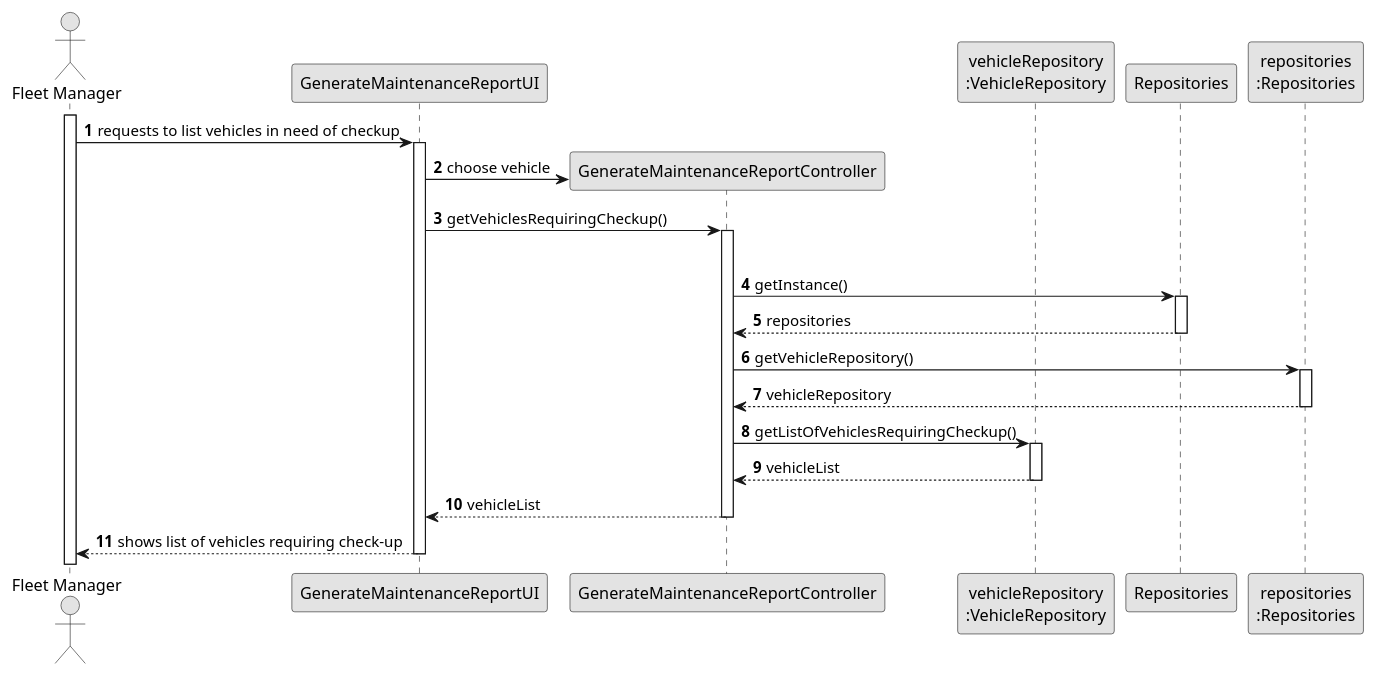
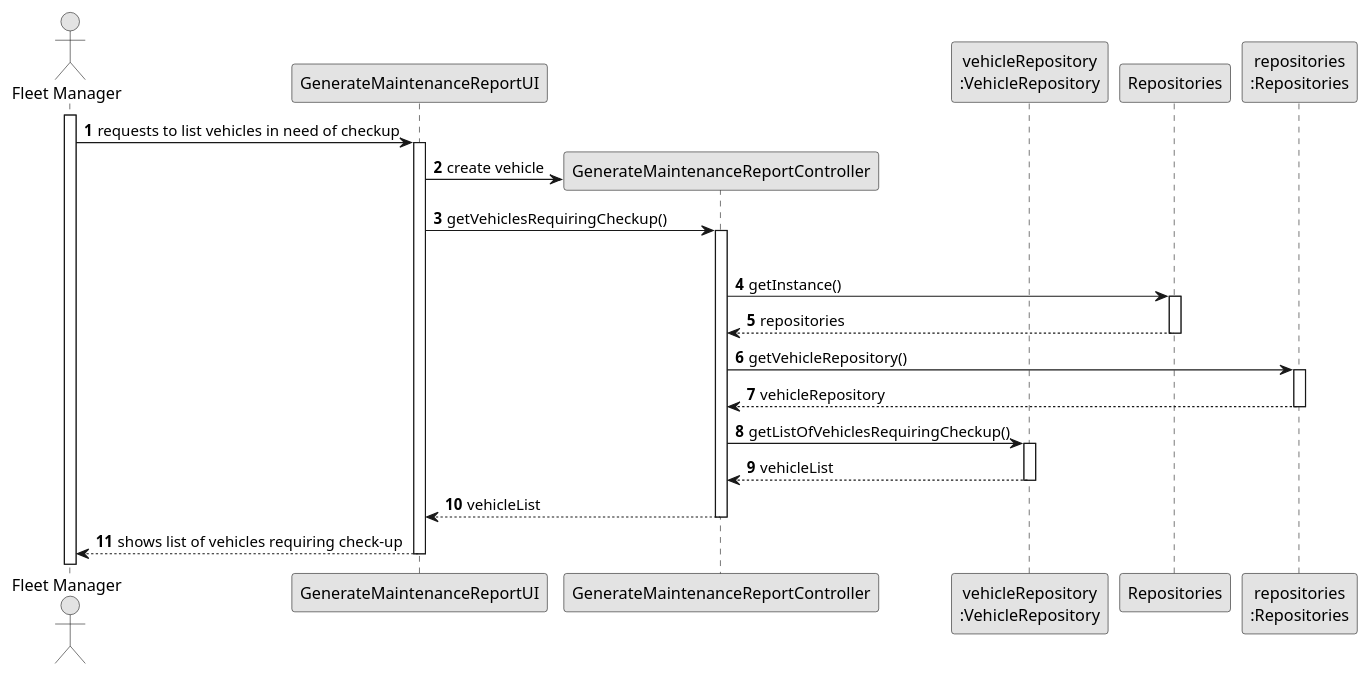
The diagram in docs/sprintB/us008/03.design/puml/us008-sequence-diagram-full.puml (Departamento-de-Engenharia-Informatica/lei-24-s2-1dkl-g134), drawn with PlantUML before and after one commit. The commit also changed 1 other file, not shown here.

Commit message:
US008 Class Diagram (Update)

```diff
--- a/docs/sprintB/us008/03.design/puml/us008-sequence-diagram-full.puml
+++ b/docs/sprintB/us008/03.design/puml/us008-sequence-diagram-full.puml
@@ -1,57 +1,57 @@
 @startuml
 skinparam monochrome true
 skinparam packageStyle rectangle
 skinparam shadowing false
 
 autonumber
 
 'hide footbox
 actor "Fleet Manager" as FM
 participant "GenerateMaintenanceReportUI" as UI
 participant "GenerateMaintenanceReportController" as CTRL
 participant "vehicleRepository\n:VehicleRepository" as VR
 participant "Repositories" as RepositorySingleton
 participant "repositories\n:Repositories" as PLAT
 
 
 activate FM
 
         FM -> UI : requests to list vehicles in need of checkup
 
         activate UI
 
 '            UI --> ADM : requests data (reference, description,  informal \n description, technical description, duration, cost)
             'create CTRL
 
-            UI -> CTRL** : choose vehicle
+            UI -> CTRL** : create vehicle
 
             UI -> CTRL : getVehiclesRequiringCheckup()
             activate CTRL
 
                 |||
                     CTRL -> RepositorySingleton: getInstance()
                     activate RepositorySingleton
 
                     RepositorySingleton --> CTRL: repositories
                     deactivate RepositorySingleton
 
                     CTRL -> PLAT: getVehicleRepository()
                     activate PLAT
 
                         PLAT --> CTRL: vehicleRepository
                     deactivate PLAT
 
                 CTRL -> VR: getListOfVehiclesRequiringCheckup()
                 activate VR
 
                 VR --> CTRL: vehicleList
                 deactivate VR
 
                 CTRL --> UI :vehicleList
             deactivate CTRL
 
             UI --> FM :  shows list of vehicles requiring check-up
         deactivate UI
 
 
 @enduml
```
